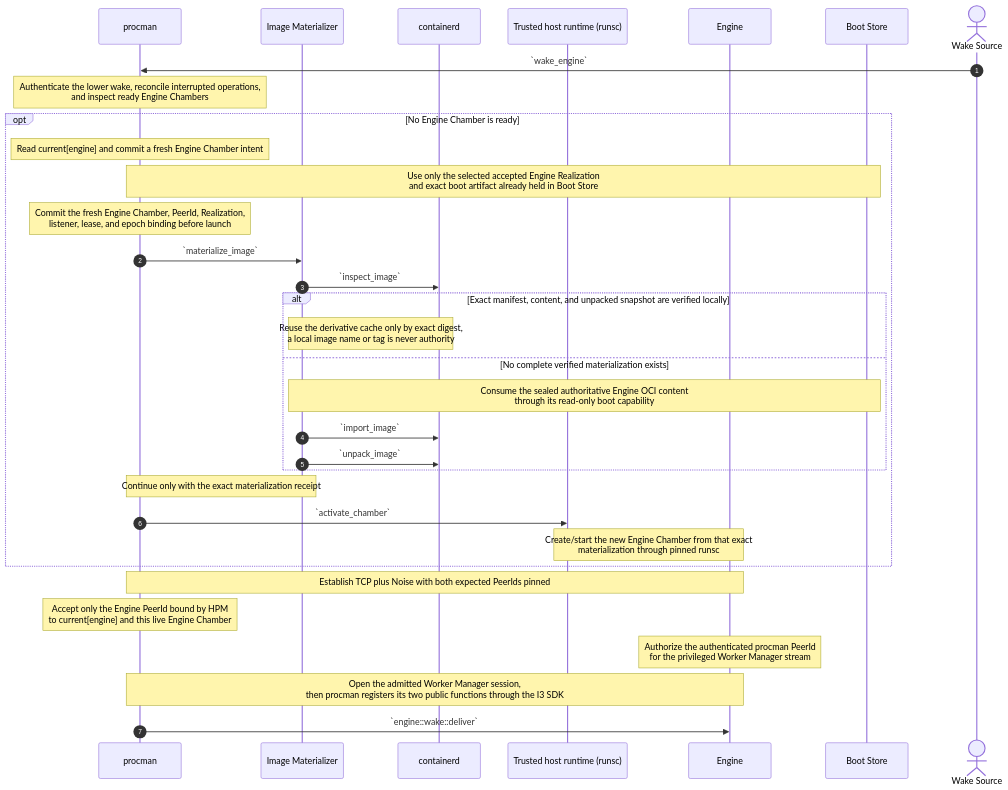
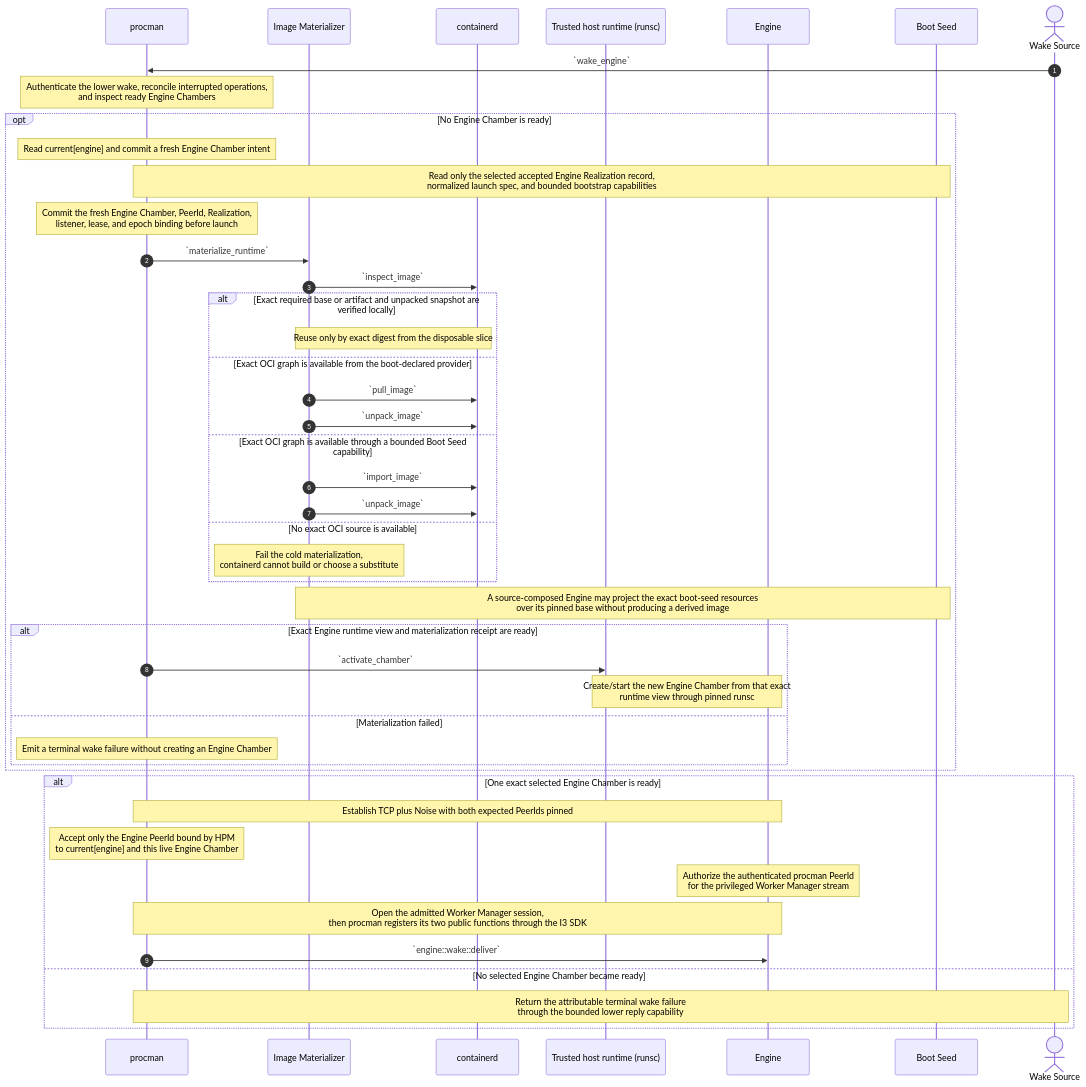
The third of 12 diagrams in source/chambers-lifecycle-sequences.md (dreamcatcher-tech/chambers-lifecycle-explorer), drawn with Mermaid before and after one commit. The commit also changed other lines of this file and 8 other files, not shown here.

Commit message:
docs: project Persistence and disposable OCI

````diff
--- a/source/chambers-lifecycle-sequences.md
+++ b/source/chambers-lifecycle-sequences.md
@@ -609,38 +534,50 @@
 ```mermaid
 sequenceDiagram
     autonumber
     participant procman
     participant Materializer as Image Materializer
     participant containerd
     participant Runtime as Trusted host runtime (runsc)
     participant Engine
-    participant Boot as Boot Store
+    participant Boot as Boot Seed
     actor Wake as Wake Source
 
     Wake->>procman: `wake_engine`
     Note over procman: Authenticate the lower wake, reconcile interrupted operations,<br/>and inspect ready Engine Chambers
 
     opt No Engine Chamber is ready
         Note over procman: Read current[engine] and commit a fresh Engine Chamber intent
-        Note over procman,Boot: Use only the selected accepted Engine Realization<br/>and exact boot artifact already held in Boot Store
+        Note over procman,Boot: Read only the selected accepted Engine Realization record,<br/>normalized launch spec, and bounded bootstrap capabilities
         Note over procman: Commit the fresh Engine Chamber, PeerId, Realization,<br/>listener, lease, and epoch binding before launch
-        procman->>Materializer: `materialize_image`
+        procman->>Materializer: `materialize_runtime`
         Materializer->>containerd: `inspect_image`
-        alt Exact manifest, content, and unpacked snapshot are verified locally
-            Note over Materializer,containerd: Reuse the derivative cache only by exact digest,<br/>a local image name or tag is never authority
-        else No complete verified materialization exists
-            Note over Materializer,Boot: Consume the sealed authoritative Engine OCI content<br/>through its read-only boot capability
+        alt Exact required base or artifact and unpacked snapshot are verified locally
+            Note over Materializer,containerd: Reuse only by exact digest from the disposable slice
+        else Exact OCI graph is available from the boot-declared provider
+            Materializer->>containerd: `pull_image`
+            Materializer->>containerd: `unpack_image`
+        else Exact OCI graph is available through a bounded Boot Seed capability
             Materializer->>containerd: `import_image`
             Materializer->>containerd: `unpack_image`
+        else No exact OCI source is available
+            Note over Materializer: Fail the cold materialization,<br/>containerd cannot build or choose a substitute
         end
-        Note over procman,Materializer: Continue only with the exact materialization receipt
-        procman->>Runtime: `activate_chamber`
-        Note over Runtime,Engine: Create/start the new Engine Chamber from that exact<br/>materialization through pinned runsc
+        Note over Materializer,Boot: A source-composed Engine may project the exact boot-seed resources<br/>over its pinned base without producing a derived image
+        alt Exact Engine runtime view and materialization receipt are ready
+            procman->>Runtime: `activate_chamber`
+            Note over Runtime,Engine: Create/start the new Engine Chamber from that exact<br/>runtime view through pinned runsc
+        else Materialization failed
+            Note over procman: Emit a terminal wake failure without creating an Engine Chamber
+        end
     end
 
-    Note over procman,Engine: Establish TCP plus Noise with both expected PeerIds pinned
-    Note over procman: Accept only the Engine PeerId bound by HPM<br/>to current[engine] and this live Engine Chamber
-    Note over Engine: Authorize the authenticated procman PeerId<br/>for the privileged Worker Manager stream
-    Note over procman,Engine: Open the admitted Worker Manager session,<br/>then procman registers its two public functions through the I3 SDK
-    procman->>Engine: `engine::wake::deliver`
+    alt One exact selected Engine Chamber is ready
+        Note over procman,Engine: Establish TCP plus Noise with both expected PeerIds pinned
+        Note over procman: Accept only the Engine PeerId bound by HPM<br/>to current[engine] and this live Engine Chamber
+        Note over Engine: Authorize the authenticated procman PeerId<br/>for the privileged Worker Manager stream
+        Note over procman,Engine: Open the admitted Worker Manager session,<br/>then procman registers its two public functions through the I3 SDK
+        procman->>Engine: `engine::wake::deliver`
+    else No selected Engine Chamber became ready
+        Note over procman,Wake: Return the attributable terminal wake failure<br/>through the bounded lower reply capability
+    end
 ```
````
